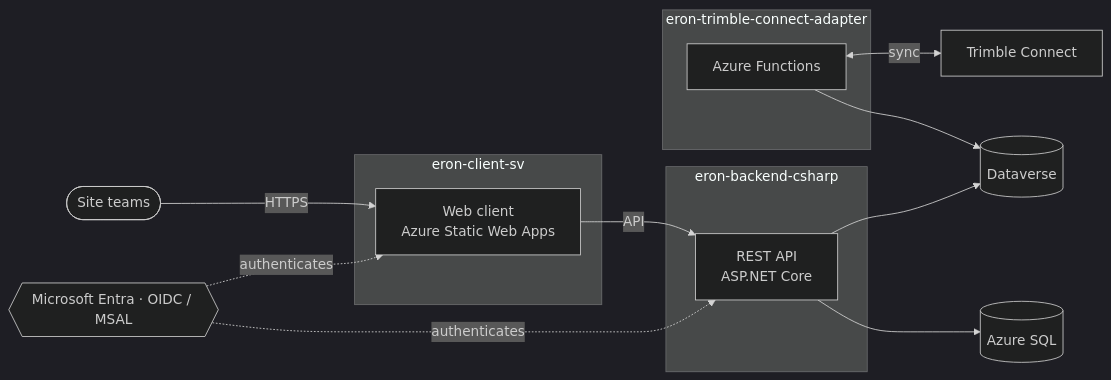
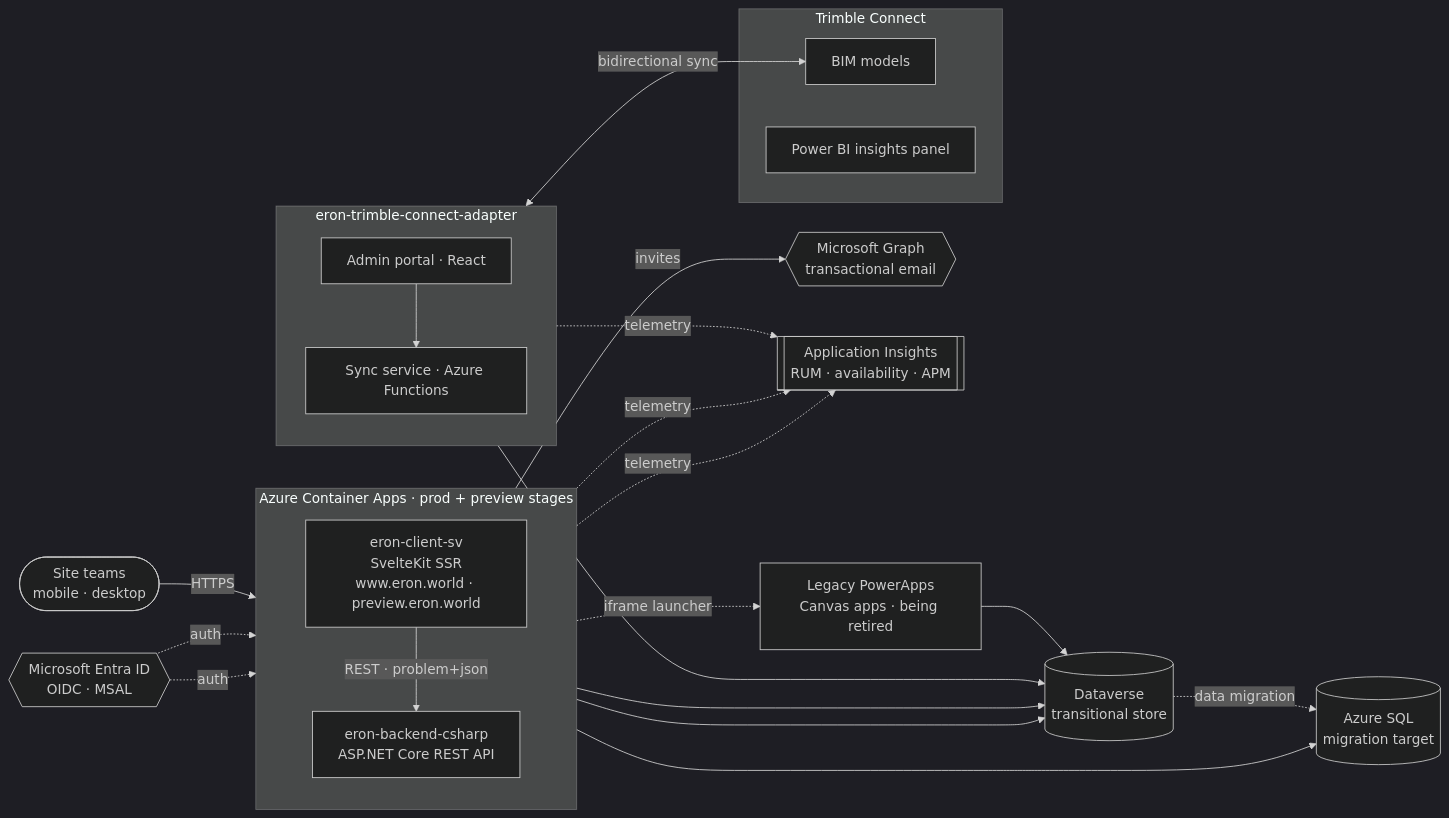
One commit to Eron-World/.github changed the diagram in profile/README.md. Above: the diagram before and after it, drawn with Mermaid (dark theme). The commit also changed other lines of this file, not shown here.

Commit message:
docs: complete architecture diagram, sync hosting to Container Apps

````diff
--- a/profile/README.md
+++ b/profile/README.md
@@ -76,29 +76,46 @@
 ```mermaid
 flowchart LR
-    users(["Site teams"])
+    users(["Site teams<br/>mobile · desktop"])
 
-    subgraph client["eron-client-sv"]
-        web["Web client<br/>Azure Static Web Apps"]
+    subgraph aca["Azure Container Apps · prod + preview stages"]
+        direction TB
+        web["eron-client-sv<br/>SvelteKit SSR<br/>www.eron.world · preview.eron.world"]
+        api["eron-backend-csharp<br/>ASP.NET Core REST API"]
     end
 
-    subgraph backend["eron-backend-csharp"]
-        api["REST API<br/>ASP.NET Core"]
+    subgraph adapter["eron-trimble-connect-adapter"]
+        direction TB
+        admin["Admin portal · React"]
+        fn["Sync service · Azure Functions"]
     end
 
-    subgraph sync["eron-trimble-connect-adapter"]
-        fn["Azure Functions"]
+    subgraph tc["Trimble Connect"]
+        bim["BIM models"]
+        pbi["Power BI insights panel"]
     end
 
-    entra{{"Microsoft Entra · OIDC / MSAL"}}
-    dv[("Dataverse")]
-    sql[("Azure SQL")]
-    tc["Trimble Connect"]
+    entra{{"Microsoft Entra ID<br/>OIDC · MSAL"}}
+    msgraph{{"Microsoft Graph<br/>transactional email"}}
+    dv[("Dataverse<br/>transitional store")]
+    sql[("Azure SQL<br/>migration target")]
+    legacy["Legacy PowerApps<br/>Canvas apps · being retired"]
+    ai[["Application Insights<br/>RUM · availability · APM"]]
 
     users -->|HTTPS| web
-    web -->|API| api
-    api --> dv & sql
-    fn <-->|sync| tc
+    web -->|REST · problem+json| api
+    web --> dv
+    web -.->|iframe launcher| legacy
+    web -->|invites| msgraph
+    legacy --> dv
+    api --> dv
+    api --> sql
+    dv -.->|data migration| sql
+    admin --> fn
+    fn <-->|bidirectional sync| bim
     fn --> dv
-    entra -. authenticates .-> web
-    entra -. authenticates .-> api
+    entra -.->|auth| web
+    entra -.->|auth| api
+    web -.->|telemetry| ai
+    api -.->|telemetry| ai
+    fn -.->|telemetry| ai
 ```
````
